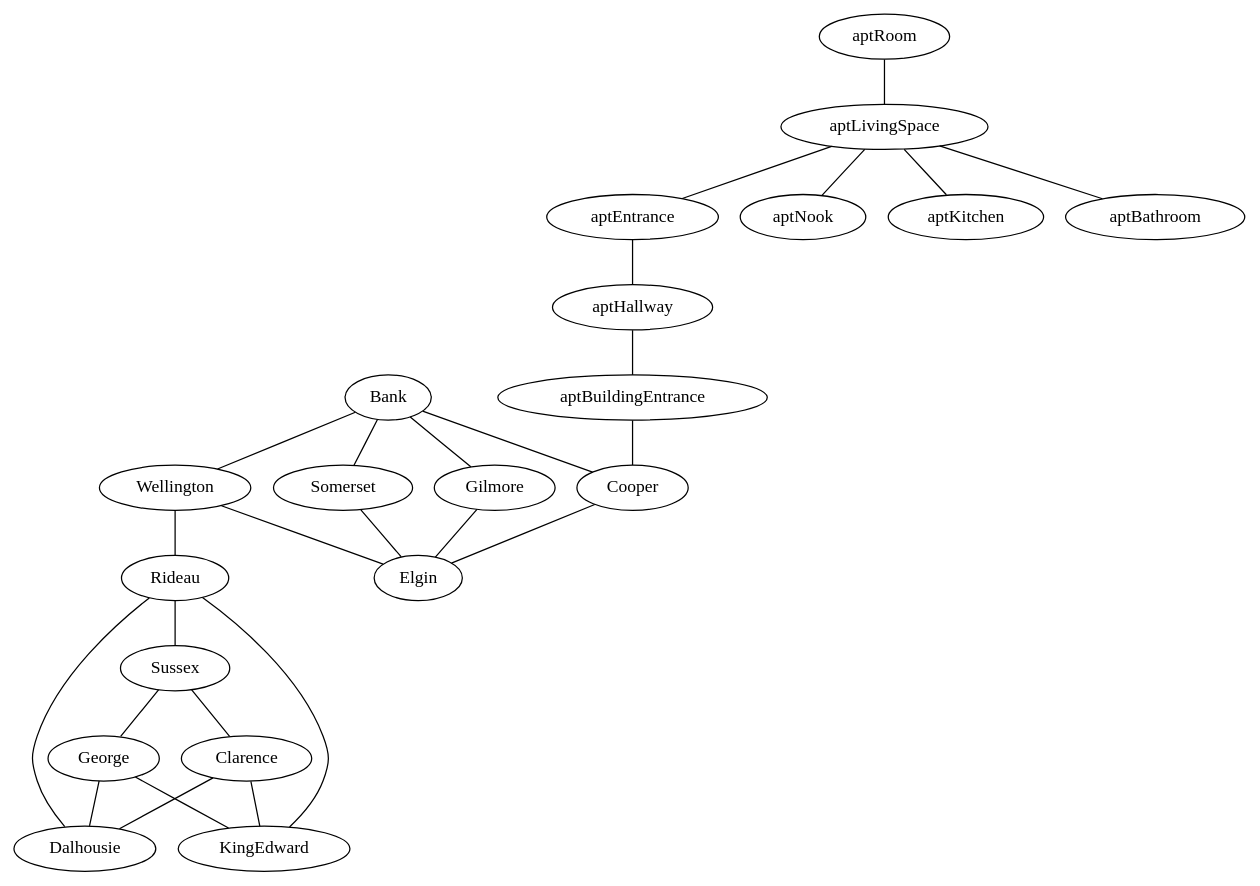
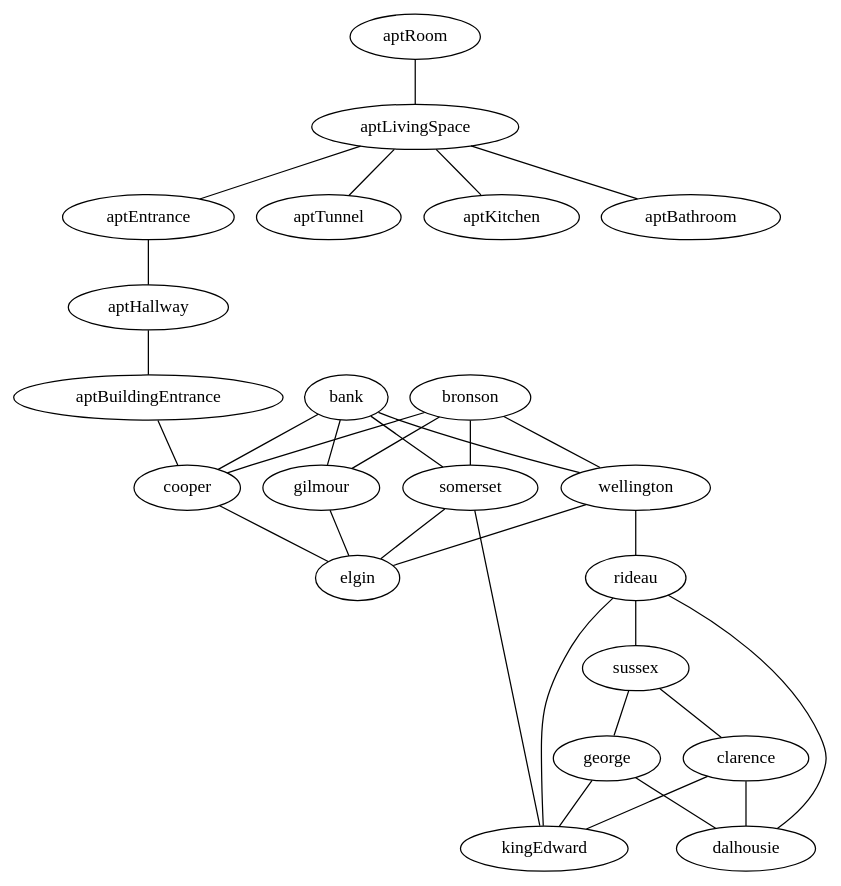
One commit to maelys-mcardle/adventure changed the diagram in examples/ottawa/entities/ottawa/values.dot. Above: the diagram before and after it, drawn with Graphviz. The commit also changed 4 other files, not shown here.

```diff
--- a/examples/ottawa/entities/ottawa/values.dot
+++ b/examples/ottawa/entities/ottawa/values.dot
@@ -1,28 +1,34 @@
 graph location {
 
   subgraph streets {
-    Bank -- Wellington -- Elgin
-    Bank -- Cooper -- Elgin
-    Bank -- Somerset -- Elgin
-    Bank -- Gilmore -- Elgin
+    bank -- wellington -- elgin
+    bank -- cooper -- elgin
+    bank -- somerset -- elgin
+    bank -- gilmour -- elgin
 
-    Wellington -- Rideau
+    bronson -- wellington
+    bronson -- cooper
+    bronson -- somerset
+    bronson -- gilmour   
 
-    Rideau -- Sussex
-    Rideau -- Dalhousie
-    Rideau -- KingEdward
+    wellington -- rideau
 
-    Sussex -- George -- Dalhousie
-    Sussex -- Clarence -- Dalhousie
-    George -- KingEdward
-    Clarence -- KingEdward
+    rideau -- sussex
+    rideau -- dalhousie
+    rideau -- kingEdward
+
+    sussex -- george -- dalhousie
+    sussex -- clarence -- dalhousie
+    somerset -- kingEdward
+    george -- kingEdward
+    clarence -- kingEdward
   }
 
   subgraph appartment {
-    aptRoom -- aptLivingSpace -- aptNook
+    aptRoom -- aptLivingSpace -- aptTunnel
     aptLivingSpace -- aptKitchen
     aptLivingSpace -- aptBathroom
     aptLivingSpace -- aptEntrance -- aptHallway 
-    aptHallway -- aptBuildingEntrance -- Cooper
+    aptHallway -- aptBuildingEntrance -- cooper
   }
 }
```
